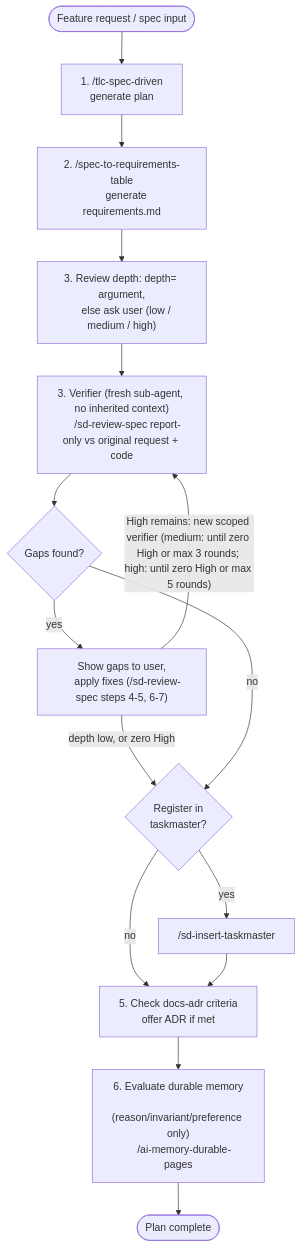
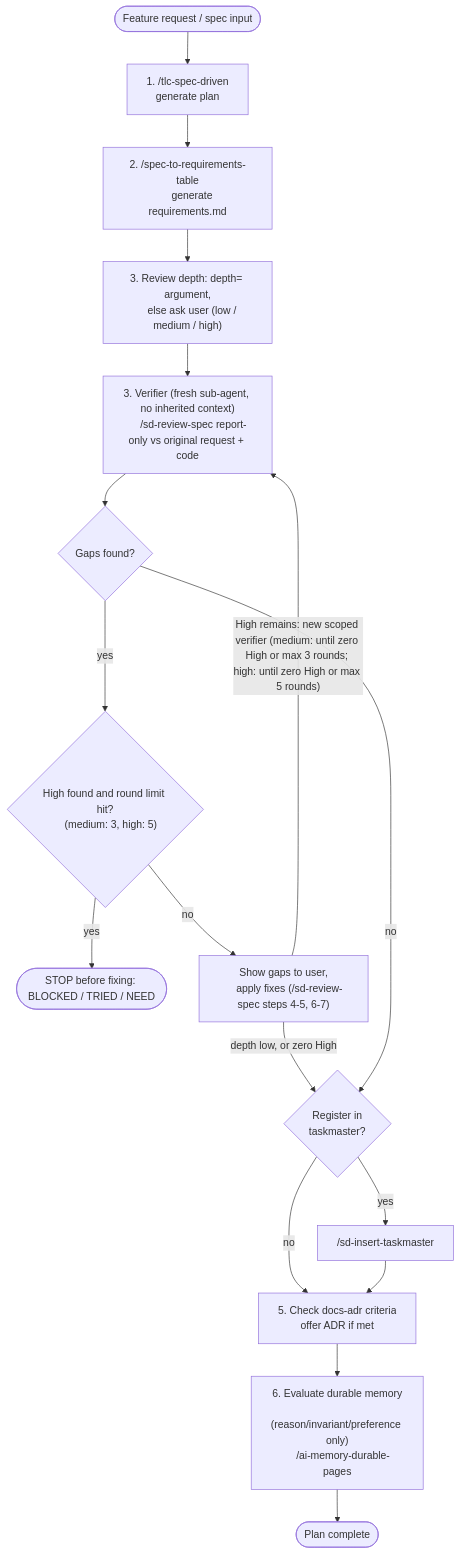
One commit to Ronnasayd/aipp changed the diagram in skills/sd-planning/references/diagram.md. Above: the diagram before and after it, drawn with Mermaid. The commit also changed 2 other files, not shown here.

Commit message:
docs(sd-planning): check round limit before applying fixes
At the round limit with High findings, escalate before applying that
round's fixes so no unverified fix lands. Unrecognized depth values in
/sd-planning are handled like a missing depth (ask once).

````diff
--- a/skills/sd-planning/references/diagram.md
+++ b/skills/sd-planning/references/diagram.md
@@ -3,26 +3,29 @@
 ```mermaid
 flowchart TD
     Start([Feature request / spec input]) --> B["1. /tlc-spec-driven
     generate plan"]
     B --> C["2. /spec-to-requirements-table
     generate requirements.md"]
     C --> DP["3. Review depth: depth= argument,
     else ask user (low / medium / high)"]
     DP --> V["3. Verifier (fresh sub-agent, no inherited context)
     /sd-review-spec report-only vs original request + code"]
     V --> V2{"Gaps found?"}
-    V2 -- yes --> V3["Show gaps to user,
+    V2 -- yes --> VL{"High found and round limit hit?
+    (medium: 3, high: 5)"}
+    VL -- yes --> X([STOP before fixing: BLOCKED / TRIED / NEED])
+    VL -- no --> V3["Show gaps to user,
     apply fixes (/sd-review-spec steps 4-5, 6-7)"]
     V3 -- "High remains: new scoped verifier (medium: until zero High or max 3 rounds; high: until zero High or max 5 rounds)" --> V
     V3 -- "depth low, or zero High" --> D
     V2 -- no --> D{"Register in
     taskmaster?"}
     D -- yes --> E["/sd-insert-taskmaster"]
     D -- no --> F
     E --> F["5. Check docs-adr criteria
     offer ADR if met"]
     F --> G["6. Evaluate durable memory
     (reason/invariant/preference only)
     /ai-memory-durable-pages"]
     G --> End([Plan complete])
 ```
````
